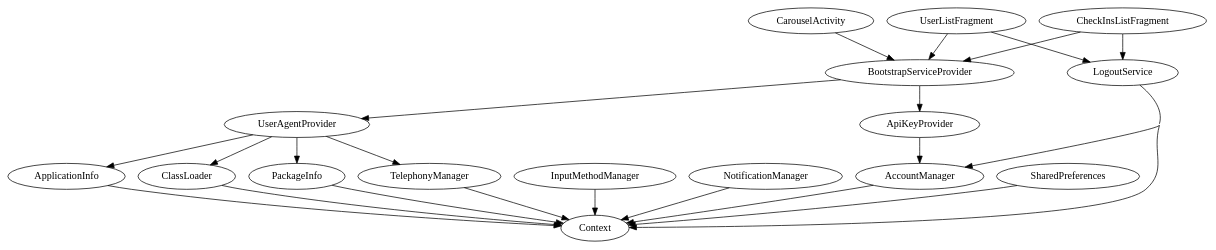
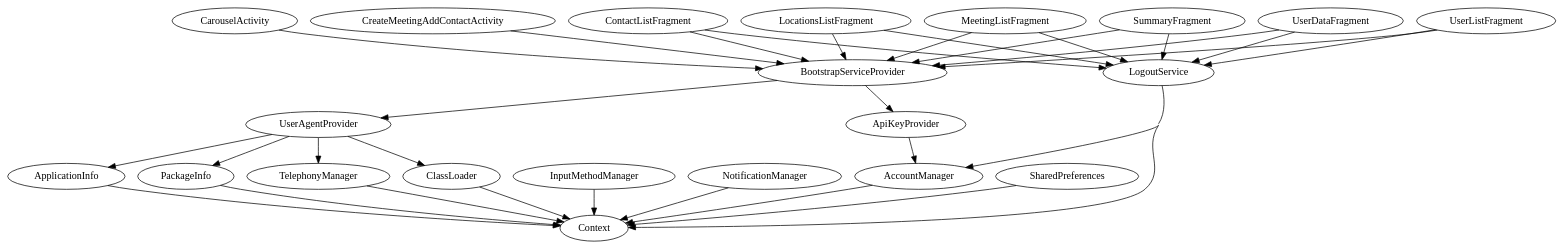
One commit to riksnickers/CemeoAndroid changed the diagram in app/target/generated-sources/annotations/com/pxl/android/cemeo/RootModule.dot. Above: the diagram before and after it, drawn with Graphviz. The commit also changed 70 other files, not shown here.

```diff
--- a/app/target/generated-sources/annotations/com/pxl/android/cemeo/RootModule.dot
+++ b/app/target/generated-sources/annotations/com/pxl/android/cemeo/RootModule.dot
@@ -1,25 +1,34 @@
 digraph G1 {
   concentrate = true;
   AccountManager -> Context;
   ApiKeyProvider -> AccountManager;
   ApplicationInfo -> Context;
   BootstrapServiceProvider -> UserAgentProvider;
   BootstrapServiceProvider -> ApiKeyProvider;
   CarouselActivity -> BootstrapServiceProvider;
-  CheckInsListFragment -> LogoutService;
-  CheckInsListFragment -> BootstrapServiceProvider;
   ClassLoader -> Context;
+  ContactListFragment -> BootstrapServiceProvider;
+  ContactListFragment -> LogoutService;
+  CreateMeetingAddContactActivity -> BootstrapServiceProvider;
   InputMethodManager -> Context;
+  LocationsListFragment -> BootstrapServiceProvider;
+  LocationsListFragment -> LogoutService;
   LogoutService -> Context;
   LogoutService -> AccountManager;
+  MeetingListFragment -> BootstrapServiceProvider;
+  MeetingListFragment -> LogoutService;
   NotificationManager -> Context;
   PackageInfo -> Context;
   SharedPreferences -> Context;
+  SummaryFragment -> BootstrapServiceProvider;
+  SummaryFragment -> LogoutService;
   TelephonyManager -> Context;
   UserAgentProvider -> ApplicationInfo;
   UserAgentProvider -> PackageInfo;
+  UserAgentProvider -> TelephonyManager;
   UserAgentProvider -> ClassLoader;
-  UserAgentProvider -> TelephonyManager;
+  UserDataFragment -> BootstrapServiceProvider;
+  UserDataFragment -> LogoutService;
+  UserListFragment -> BootstrapServiceProvider;
   UserListFragment -> LogoutService;
-  UserListFragment -> BootstrapServiceProvider;
 }
```
